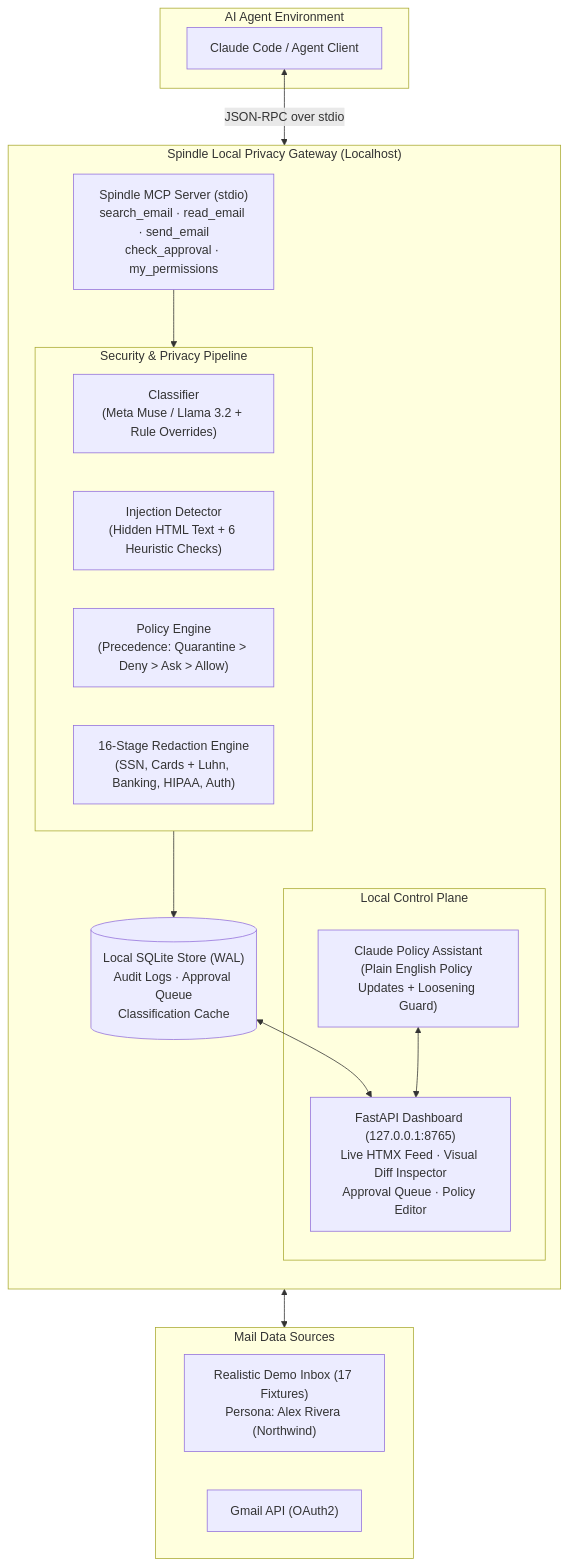
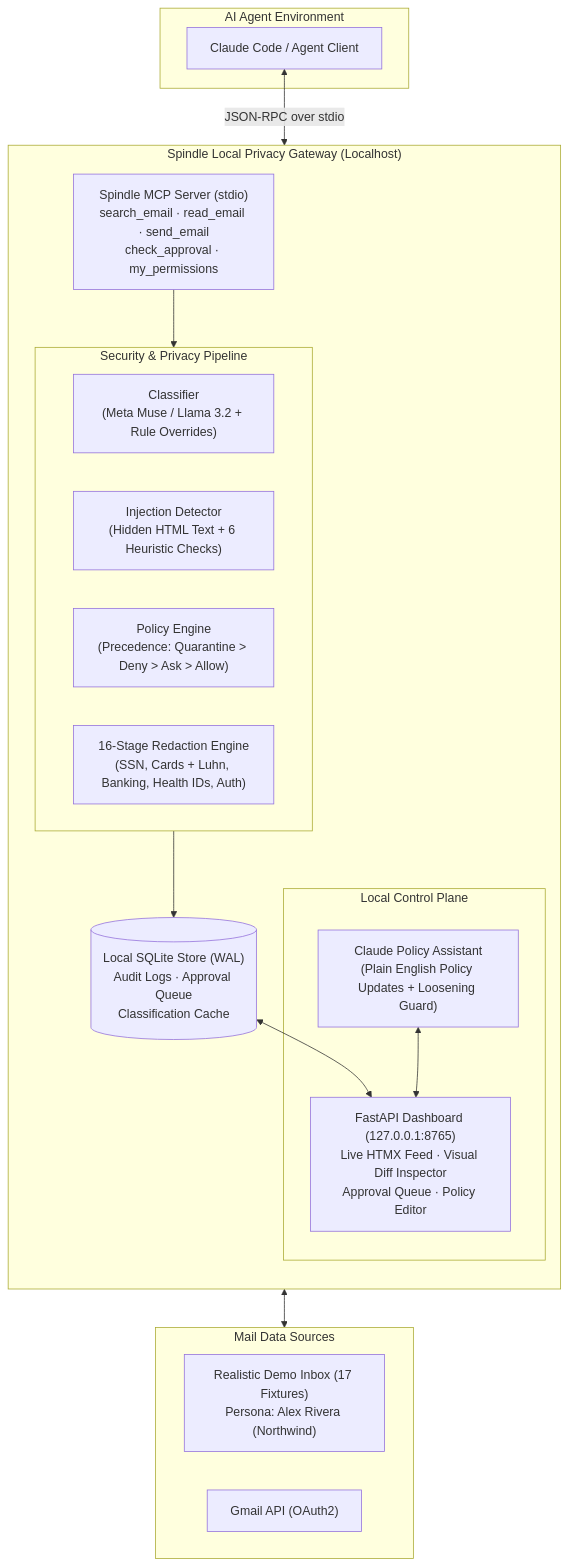
Before and after one commit to glinerosuarez/spindle: the diagram in README.md, drawn with Mermaid. The commit also changed other lines of this file and 6 other files, not shown here.

````diff
--- a/README.md
+++ b/README.md
@@ -29,37 +29,37 @@
 ```mermaid
 flowchart TD
     subgraph Agents ["AI Agent Environment"]
         Claude["Claude Code / Agent Client"]
     end
 
     subgraph SpindleHost ["Spindle Local Privacy Gateway (Localhost)"]
         direction TB
         MCP["Spindle MCP Server (stdio)\nsearch_email · read_email · send_email\ncheck_approval · my_permissions"]
         
         subgraph Pipeline ["Security & Privacy Pipeline"]
             Classifier["Classifier\n(Meta Muse / Llama 3.2 + Rule Overrides)"]
             Injection["Injection Detector\n(Hidden HTML Text + 6 Heuristic Checks)"]
             PolicyEngine["Policy Engine\n(Precedence: Quarantine > Deny > Ask > Allow)"]
-            Redactor["16-Stage Redaction Engine\n(SSN, Cards + Luhn, Banking, HIPAA, Auth)"]
+            Redactor["16-Stage Redaction Engine\n(SSN, Cards + Luhn, Banking, Health IDs, Auth)"]
         end
         
         DB[("Local SQLite Store (WAL)\nAudit Logs · Approval Queue\nClassification Cache")]
         
         subgraph DashboardApp ["Local Control Plane"]
             Web["FastAPI Dashboard (127.0.0.1:8765)\nLive HTMX Feed · Visual Diff Inspector\nApproval Queue · Policy Editor"]
             Assistant["Claude Policy Assistant\n(Plain English Policy Updates + Loosening Guard)"]
         end
     end
 
     subgraph DataSources ["Mail Data Sources"]
         Fixtures["Realistic Demo Inbox (17 Fixtures)\nPersona: Alex Rivera (Northwind)"]
         Gmail["Gmail API (OAuth2)"]
     end
 
     Claude <-->|JSON-RPC over stdio| MCP
     MCP --> Pipeline
     Pipeline --> DB
     Pipeline <--> DataSources
     DB <--> Web
     Assistant <--> Web
 ```
````
